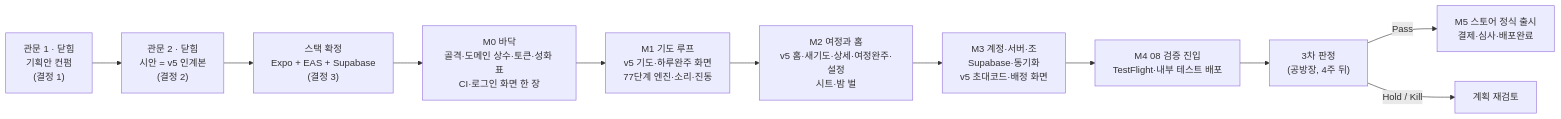
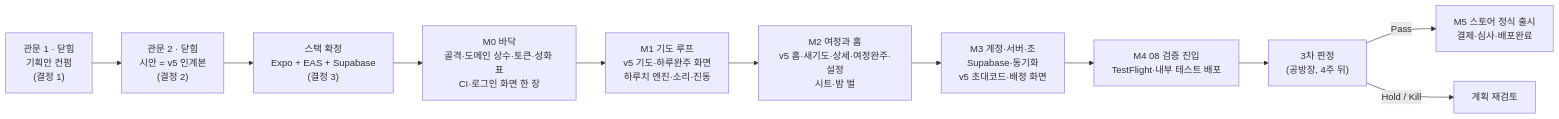
One commit to GeonwooKim-fitogether/My-Rosary-App changed the diagram in docs/plan/development-plan.md. Above: the diagram before and after it, drawn with Mermaid. The commit also changed other lines of this file and 39 other files, not shown here.

````diff
--- a/docs/plan/development-plan.md
+++ b/docs/plan/development-plan.md
@@ -127,13 +127,13 @@
 ```mermaid
 flowchart LR
     G1["관문 1 · 닫힘<br/>기획안 컨펌<br/>(결정 1)"] --> G2["관문 2 · 닫힘<br/>시안 = v5 인계본<br/>(결정 2)"]
     G2 --> S["스택 확정<br/>Expo + EAS + Supabase<br/>(결정 3)"]
     S --> M0["M0 바닥<br/>골격·도메인 상수·토큰·성화 표<br/>CI·로그인 화면 한 장"]
-    M0 --> M1["M1 기도 루프<br/>v5 기도·하루완주 화면<br/>77단계 엔진·소리·진동"]
+    M0 --> M1["M1 기도 루프<br/>v5 기도·하루완주 화면<br/>하루치 엔진·소리·진동"]
     M1 --> M2["M2 여정과 홈<br/>v5 홈·새기도·상세·여정완주·설정<br/>시트·밤 벌"]
     M2 --> M3["M3 계정·서버·조<br/>Supabase·동기화<br/>v5 초대코드·배정 화면"]
     M3 --> M4["M4 08 검증 진입<br/>TestFlight·내부 테스트 배포"]
     M4 --> J["3차 판정<br/>(공방장, 4주 뒤)"]
     J -->|Pass| M5["M5 스토어 정식 출시<br/>결제·심사·배포완료"]
     J -->|Hold / Kill| X["계획 재검토"]
 ```
````
